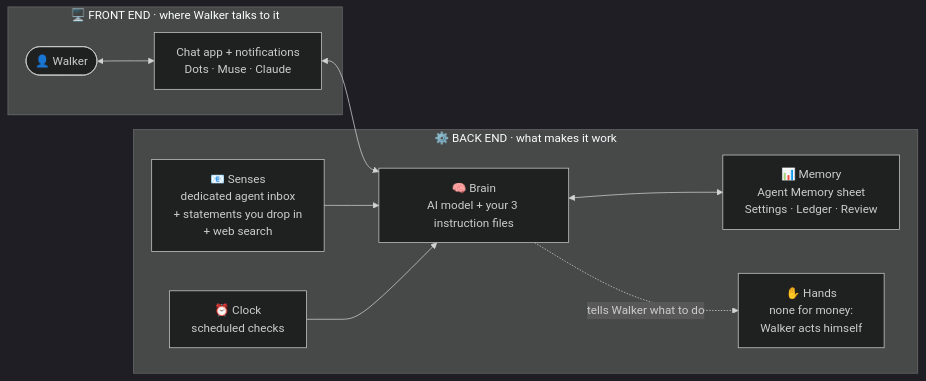
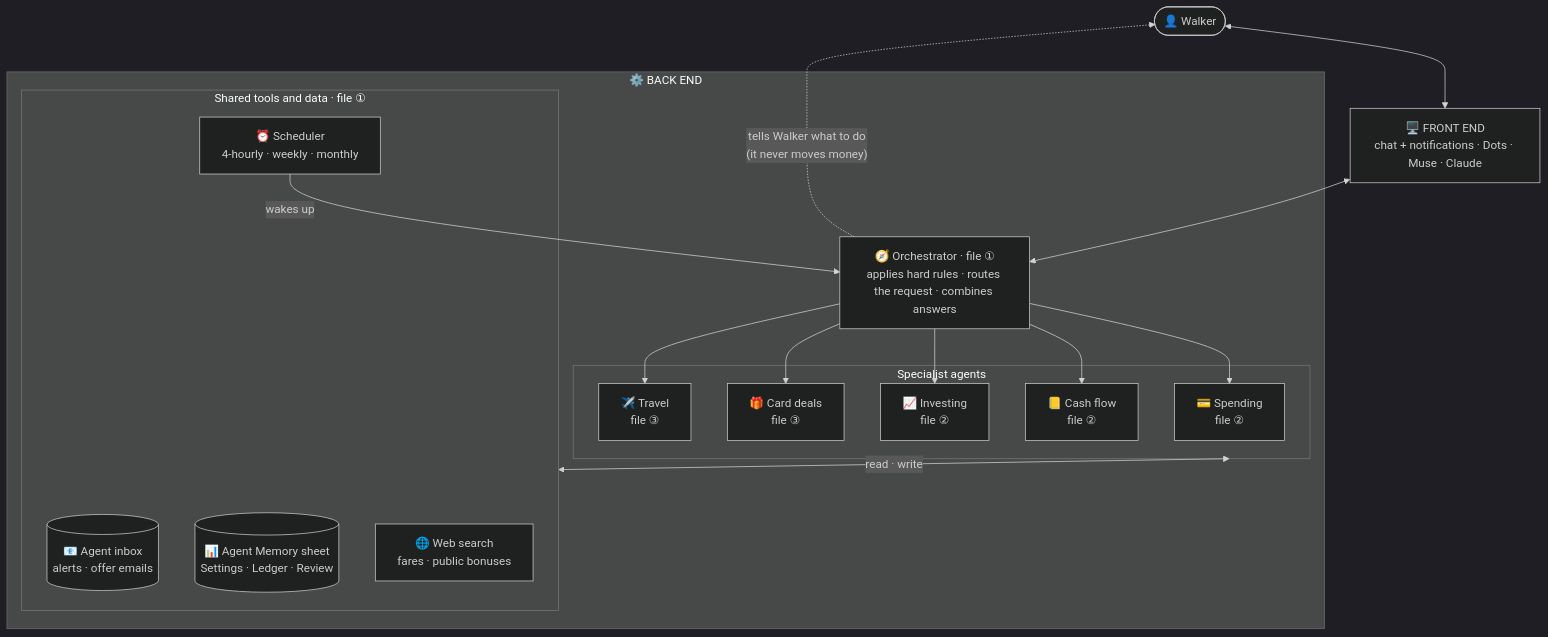
One commit to zerowing113/walker-personal-agent changed the diagram in README.md. Above: the diagram before and after it, drawn with Mermaid (dark theme). The commit also changed other lines of this file and 3 other files, not shown here.

First line of the commit message:
Present the back end as an orchestrator with specialist agents

````diff
--- a/README.md
+++ b/README.md
@@ -43,22 +43,29 @@
 ```mermaid
-flowchart LR
-    subgraph FE["🖥️ FRONT END · where Walker talks to it"]
-        W(["👤 Walker"])
-        APP["Chat app + notifications<br/>Dots · Muse · Claude"]
-        W <--> APP
+flowchart TB
+    W(["👤 Walker"])
+    FE["🖥️ FRONT END<br/>chat + notifications · Dots · Muse · Claude"]
+    W <--> FE
+
+    subgraph BE["⚙️ BACK END"]
+        ORCH["🧭 Orchestrator · file ①<br/>applies hard rules · routes the request · combines answers"]
+        subgraph SPEC["Specialist agents"]
+            S1["💳 Spending<br/>file ②"]
+            S2["📒 Cash flow<br/>file ②"]
+            S3["📈 Investing<br/>file ②"]
+            S4["🎁 Card deals<br/>file ③"]
+            S5["✈️ Travel<br/>file ③"]
+        end
+        subgraph SHARED["Shared tools and data · file ①"]
+            IN[("📧 Agent inbox<br/>alerts · offer emails")]
+            MEM[("📊 Agent Memory sheet<br/>Settings · Ledger · Review")]
+            WEB["🌐 Web search<br/>fares · public bonuses"]
+            CLK["⏰ Scheduler<br/>4-hourly · weekly · monthly"]
+        end
     end
 
-    subgraph BE["⚙️ BACK END · what makes it work"]
-        BRAIN["🧠 Brain<br/>AI model + your 3 instruction files"]
-        SENSE["📧 Senses<br/>dedicated agent inbox<br/>+ statements you drop in<br/>+ web search"]
-        MEM["📊 Memory<br/>Agent Memory sheet<br/>Settings · Ledger · Review"]
-        CLOCK["⏰ Clock<br/>scheduled checks"]
-        HANDS["✋ Hands<br/>none for money:<br/>Walker acts himself"]
-    end
-
-    APP <--> BRAIN
-    SENSE --> BRAIN
-    BRAIN <--> MEM
-    CLOCK --> BRAIN
-    BRAIN -.->|tells Walker what to do| HANDS
+    FE <--> ORCH
+    CLK -->|wakes up| ORCH
+    ORCH --> S1 & S2 & S3 & S4 & S5
+    SPEC <-->|read · write| SHARED
+    ORCH -.->|"tells Walker what to do<br/>(it never moves money)"| W
 ```
````
